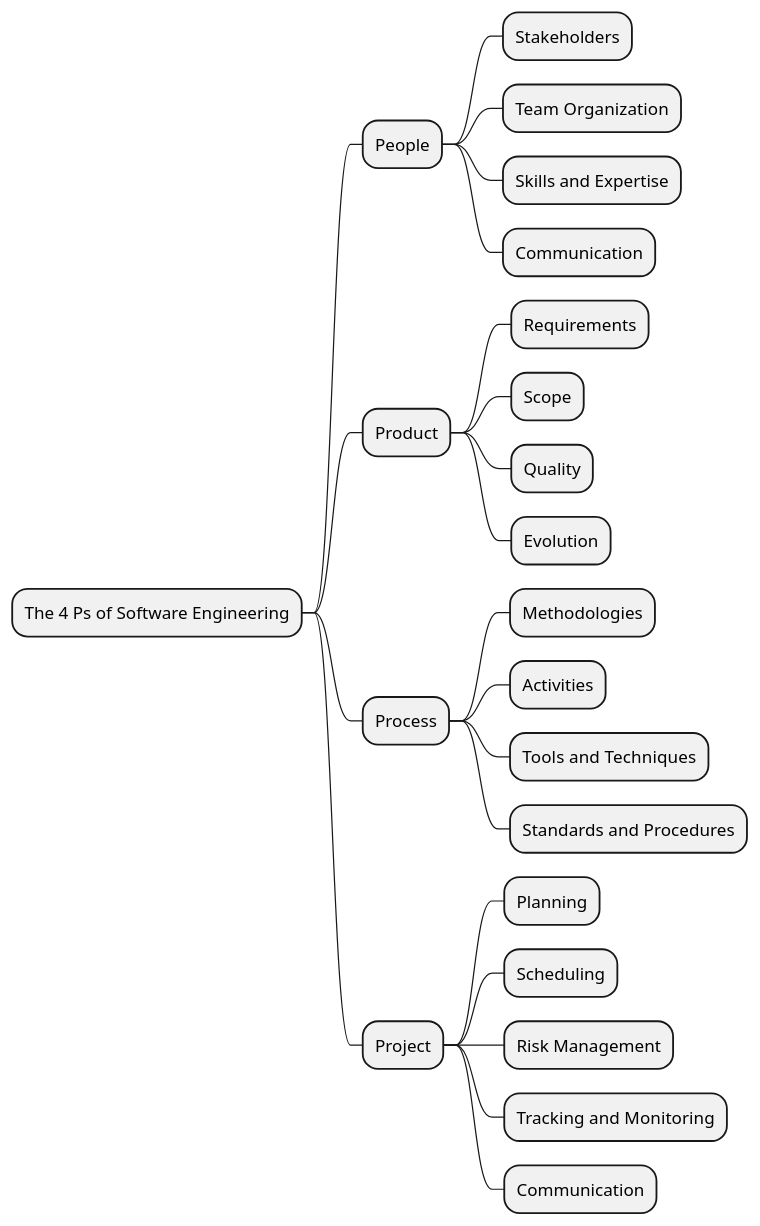
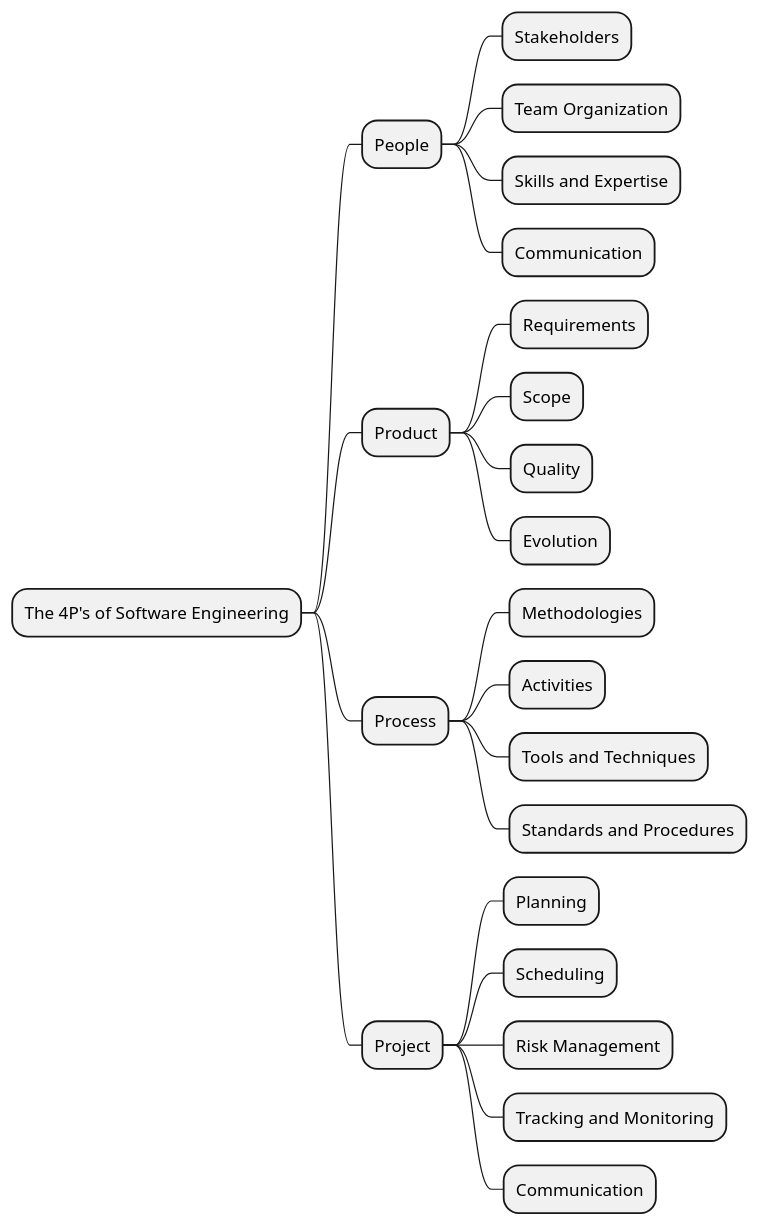
Before and after one commit to mrpunkdasilva/ElaraScribe: the diagram in topics/Software-Engineering-4Ps.md, drawn with PlantUML.

````diff
--- a/topics/Software-Engineering-4Ps.md
+++ b/topics/Software-Engineering-4Ps.md
@@ -5,26 +5,26 @@
 ```plantuml
 @startmindmap
-* The 4 Ps of Software Engineering
+* The 4P's of Software Engineering
 ** People
 *** Stakeholders
 *** Team Organization
 *** Skills and Expertise
 *** Communication
 ** Product
 *** Requirements
 *** Scope
 *** Quality
 *** Evolution
 ** Process
 *** Methodologies
 *** Activities
 *** Tools and Techniques
 *** Standards and Procedures
 ** Project
 *** Planning
 *** Scheduling
 *** Risk Management
 *** Tracking and Monitoring
 *** Communication
 @endmindmap
 ```
````
